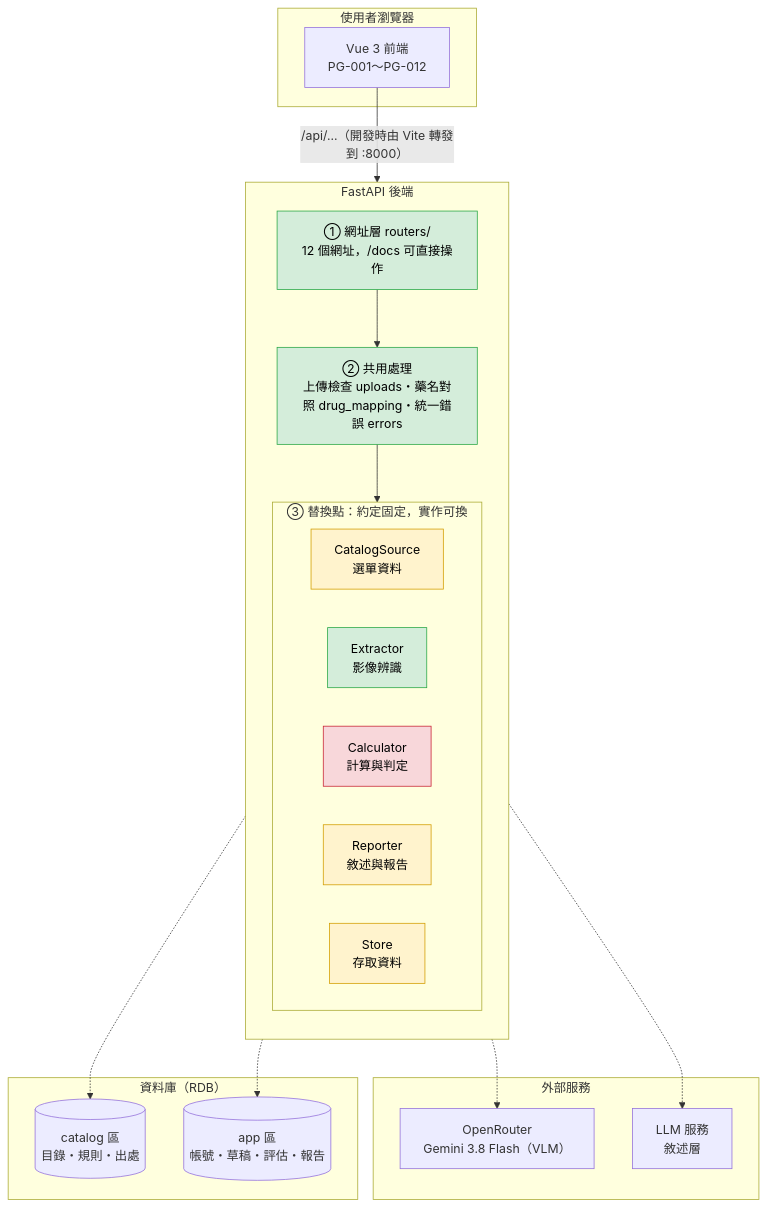
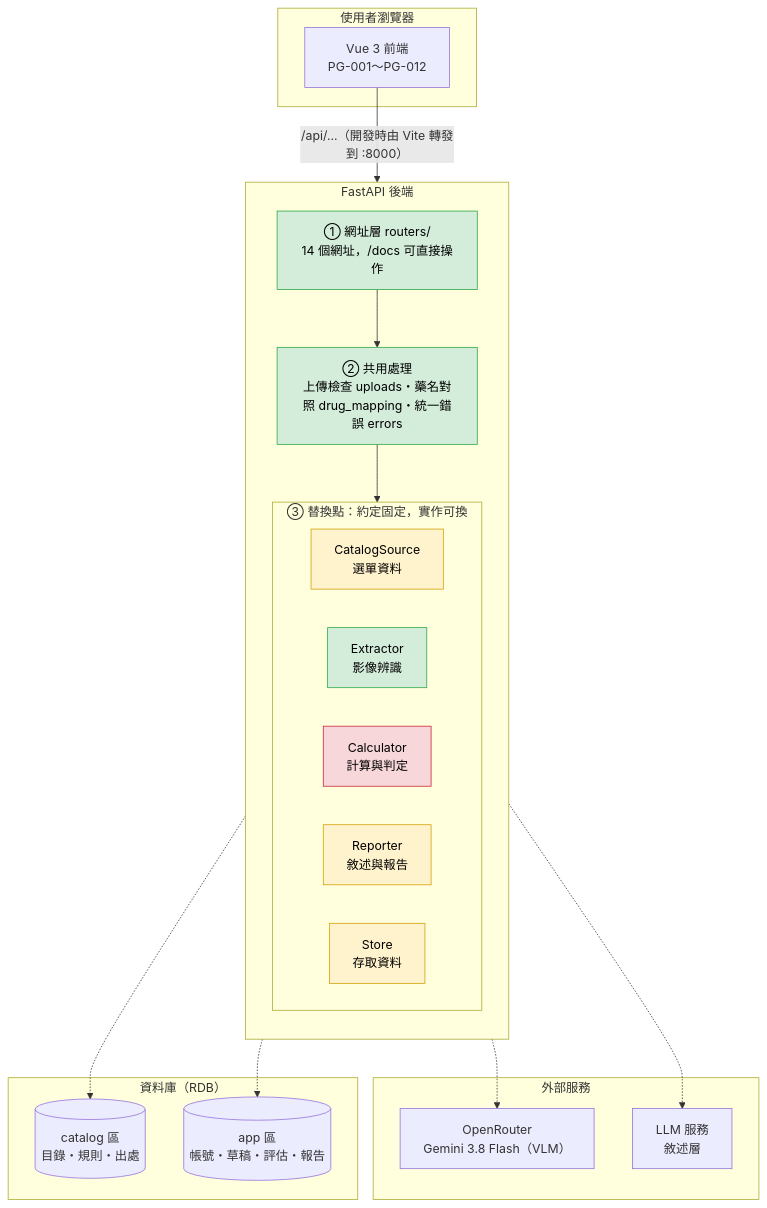
One commit to polun1210/aipe04_project_g4 changed the first of 2 diagrams in docs/architecture.md. Above: the diagram before and after it, drawn with Mermaid. The commit also changed 8 other files, not shown here.

````diff
--- a/docs/architecture.md
+++ b/docs/architecture.md
@@ -13,46 +13,46 @@
 ```mermaid
 flowchart TB
     subgraph Browser["使用者瀏覽器"]
         FE["Vue 3 前端<br/>PG-001～PG-012"]
     end
 
     subgraph Backend["FastAPI 後端"]
         direction TB
-        R["① 網址層 routers/<br/>12 個網址，/docs 可直接操作"]
+        R["① 網址層 routers/<br/>14 個網址，/docs 可直接操作"]
         S["② 共用處理<br/>上傳檢查 uploads・藥名對照 drug_mapping・統一錯誤 errors"]
 
         subgraph RP["③ 替換點：約定固定，實作可換"]
             direction LR
             CS["CatalogSource<br/>選單資料"]
             EX["Extractor<br/>影像辨識"]
             CA["Calculator<br/>計算與判定"]
             RE["Reporter<br/>敘述與報告"]
             ST["Store<br/>存取資料"]
         end
 
         R --> S --> RP
     end
 
     subgraph External["外部服務"]
         VLM["OpenRouter<br/>Gemini 3.8 Flash（VLM）"]
         LLM["LLM 服務<br/>敘述層"]
     end
 
     subgraph DB["資料庫（RDB）"]
         CAT[("catalog 區<br/>目錄・規則・出處")]
         APP[("app 區<br/>帳號・草稿・評估・報告")]
     end
 
     FE -- "/api/...（開發時由 Vite 轉發到 :8000）" --> R
     EX -.-> VLM
     RE -.-> LLM
     CS -.-> CAT
     ST -.-> APP
 
     classDef done fill:#d4edda,stroke:#28a745,color:#000
     classDef partial fill:#fff3cd,stroke:#d39e00,color:#000
     classDef todo fill:#f8d7da,stroke:#c82333,color:#000
     class R,S,EX done
     class CS,ST,RE partial
     class CA todo
 ```
````
